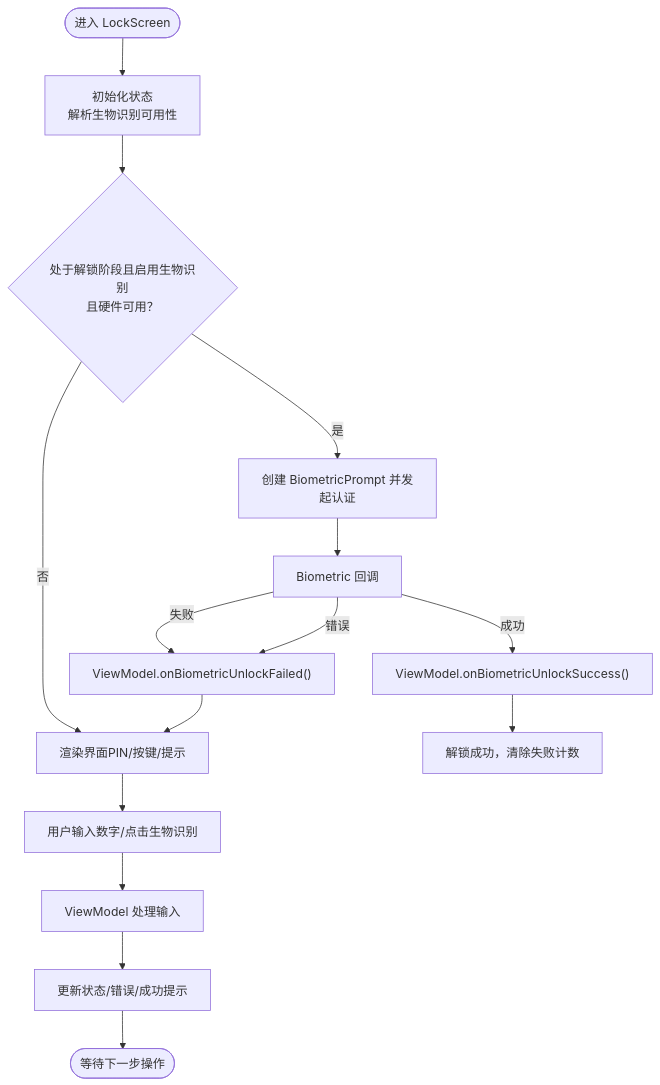
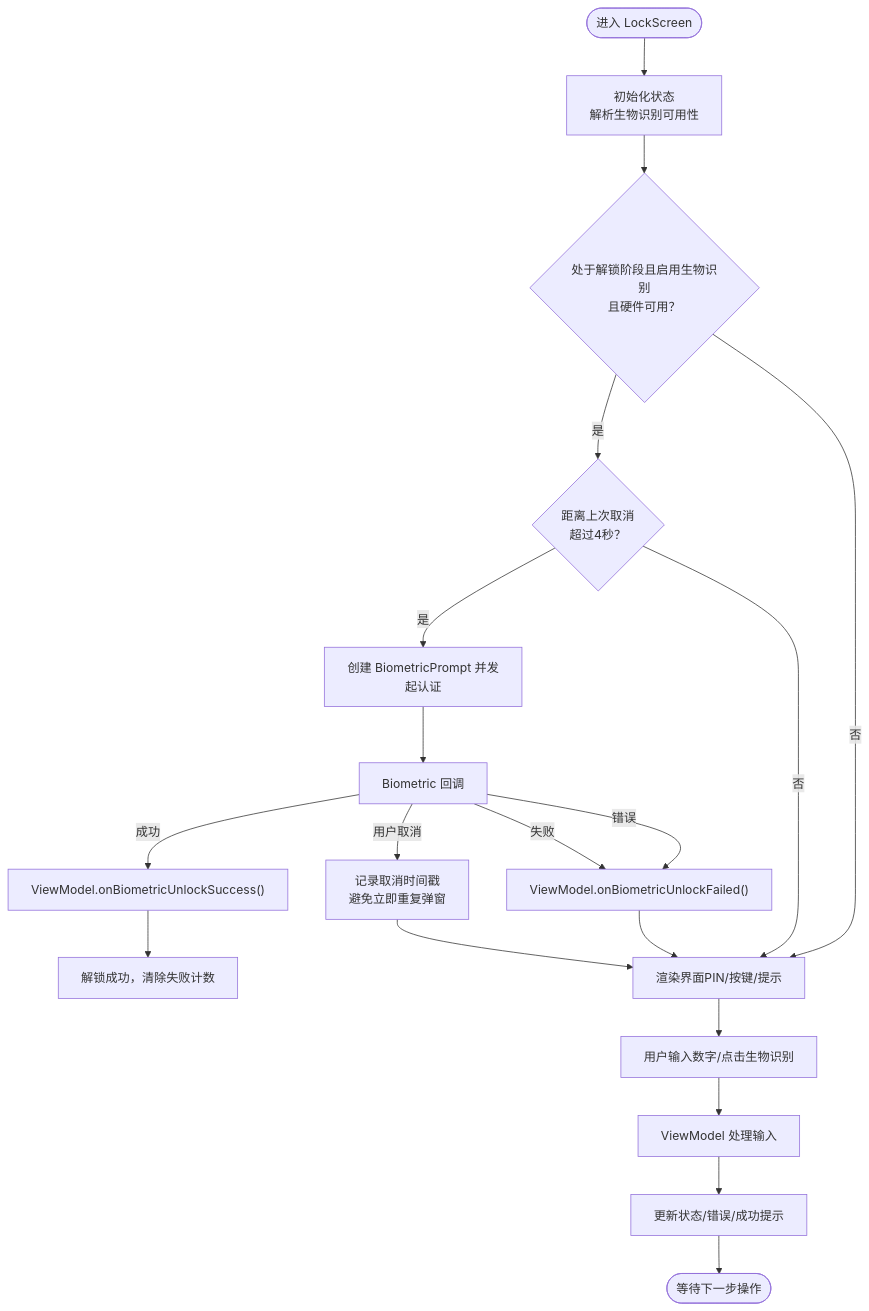
The third of 11 diagrams in .qoder/repowiki/zh/content/项目概述/核心功能特性/安全解锁系统.md (wanhongbo/ai-photo-vault), drawn with Mermaid before and after one commit. The commit also changed other lines of this file and 22 other files, not shown here.

````diff
--- a/.qoder/repowiki/zh/content/项目概述/核心功能特性/安全解锁系统.md
+++ b/.qoder/repowiki/zh/content/项目概述/核心功能特性/安全解锁系统.md
@@ -202,17 +235,21 @@
 ```mermaid
 flowchart TD
 Start(["进入 LockScreen"]) --> Init["初始化状态<br/>解析生物识别可用性"]
 Init --> AutoPrompt{"处于解锁阶段且启用生物识别<br/>且硬件可用？"}
-AutoPrompt --> |是| Launch["创建 BiometricPrompt 并发起认证"]
-AutoPrompt --> |否| Render["渲染界面PIN/按键/提示"]
+AutoPrompt --> |是| CheckCooldown{"距离上次取消<br/>超过4秒？"}
+CheckCooldown --> |是| Launch["创建 BiometricPrompt 并发起认证"]
+CheckCooldown --> |否| Render["渲染界面PIN/按键/提示"]
+AutoPrompt --> |否| Render
 Launch --> Callback["Biometric 回调"]
 Callback --> |成功| VM_Success["ViewModel.onBiometricUnlockSuccess()"]
+Callback --> |用户取消| RecordTime["记录取消时间戳<br/>避免立即重复弹窗"]
 Callback --> |失败| VM_Failed["ViewModel.onBiometricUnlockFailed()"]
 Callback --> |错误| VM_Failed
 VM_Success --> Unlock["解锁成功，清除失败计数"]
 VM_Failed --> Render
+RecordTime --> Render
 Render --> Input["用户输入数字/点击生物识别"]
 Input --> VM_Handle["ViewModel 处理输入"]
 VM_Handle --> Next["更新状态/错误/成功提示"]
 Next --> End(["等待下一步操作"])
 ```
````
